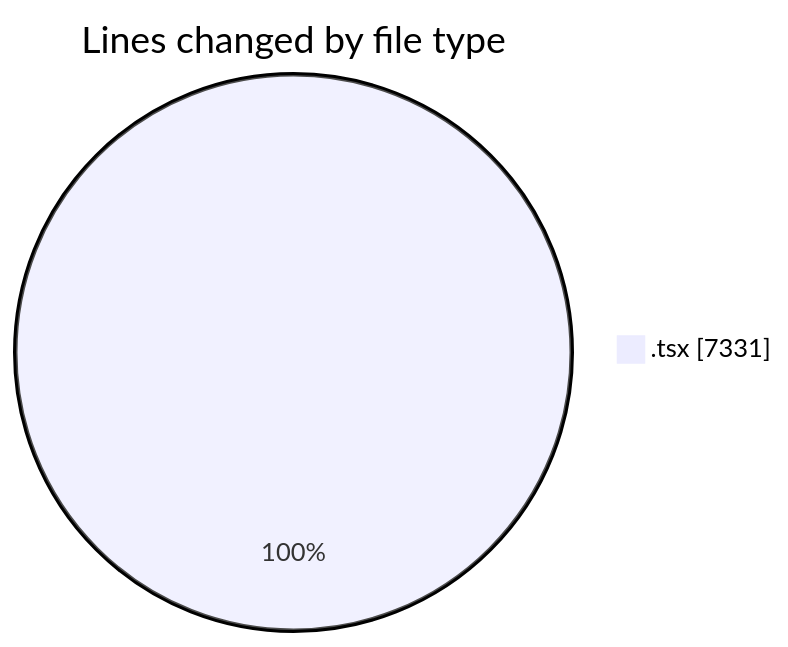
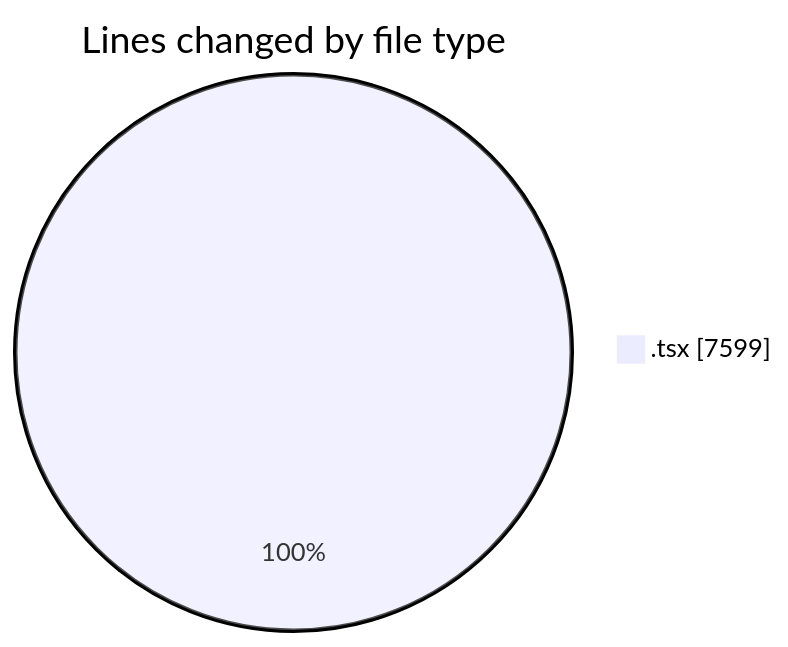
One commit to momahboobian/code-tracking changed the first of 2 diagrams in 2025-12-04/cda/README.md. Above: the diagram before and after it, drawn with Mermaid. The commit also changed other lines of this file and 1 other file, not shown here.

````diff
--- a/2025-12-04/cda/README.md
+++ b/2025-12-04/cda/README.md
@@ -28,5 +29,5 @@
 ```mermaid
 pie showData
 title Lines changed by file type
-".tsx" : 7331
+".tsx" : 7599
 ```
````
